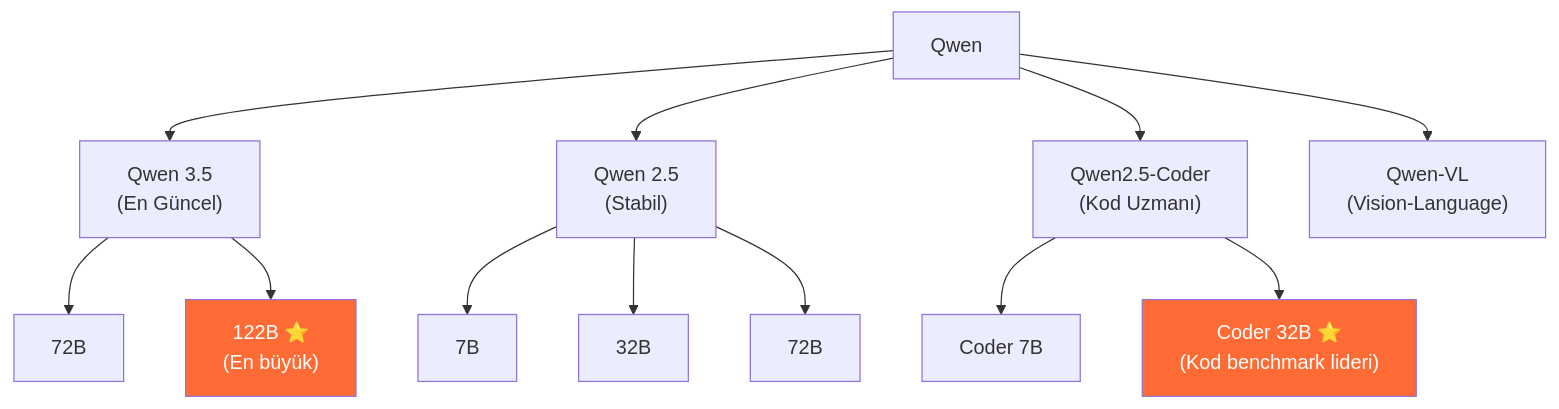
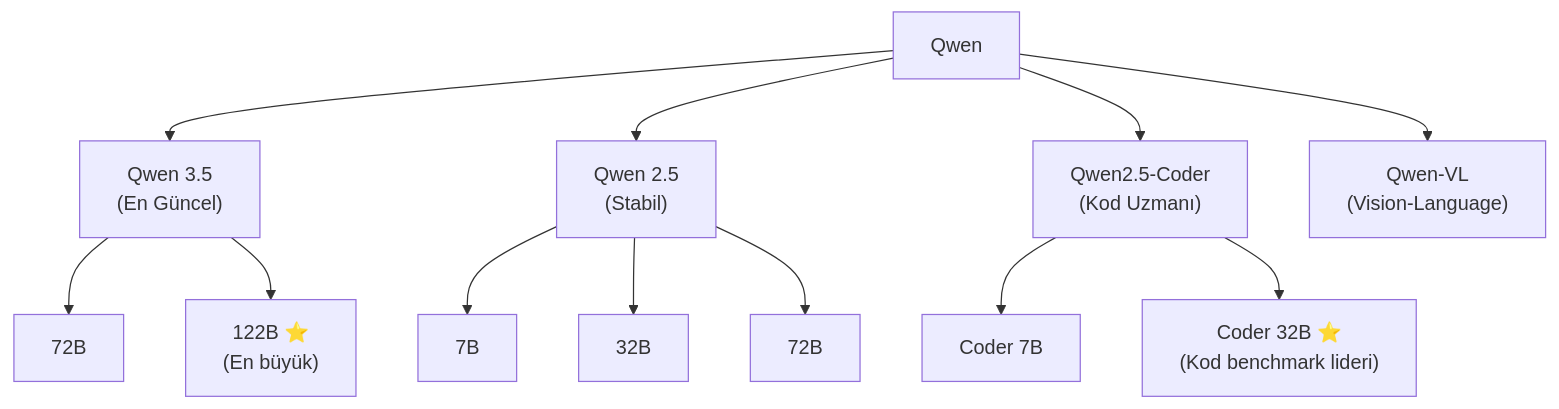
Before and after one commit to IzzetYasinAtes/ClaudeCodeHandbook: the fourth of 8 diagrams in 03-llm-saglayicilari/05-diger-saglayicilar.md, drawn with Mermaid. The commit also changed other lines of this file and 97 other files, not shown here.

Commit message:
Remove all custom Mermaid style/fill colors from 98 markdown files for consistent dark theme rendering

````diff
--- a/03-llm-saglayicilari/05-diger-saglayicilar.md
+++ b/03-llm-saglayicilari/05-diger-saglayicilar.md
@@ -133,22 +125,20 @@
 ```mermaid
 flowchart TD
     QW["Qwen"]
 
     QW --> Q35["Qwen 3.5<br/>(En Güncel)"]
     QW --> Q25["Qwen 2.5<br/>(Stabil)"]
     QW --> QC["Qwen2.5-Coder<br/>(Kod Uzmanı)"]
     QW --> QV["Qwen-VL<br/>(Vision-Language)"]
 
     Q35 --> Q35_72["72B"]
     Q35 --> Q35_122["122B ⭐<br/>(En büyük)"]
 
     Q25 --> Q25_7["7B"]
     Q25 --> Q25_32["32B"]
     Q25 --> Q25_72["72B"]
 
     QC --> QC_7["Coder 7B"]
     QC --> QC_32["Coder 32B ⭐<br/>(Kod benchmark lideri)"]
 
-    style Q35_122 fill:#ff6b35,color:#fff
-    style QC_32 fill:#ff6b35,color:#fff
 ```
````
